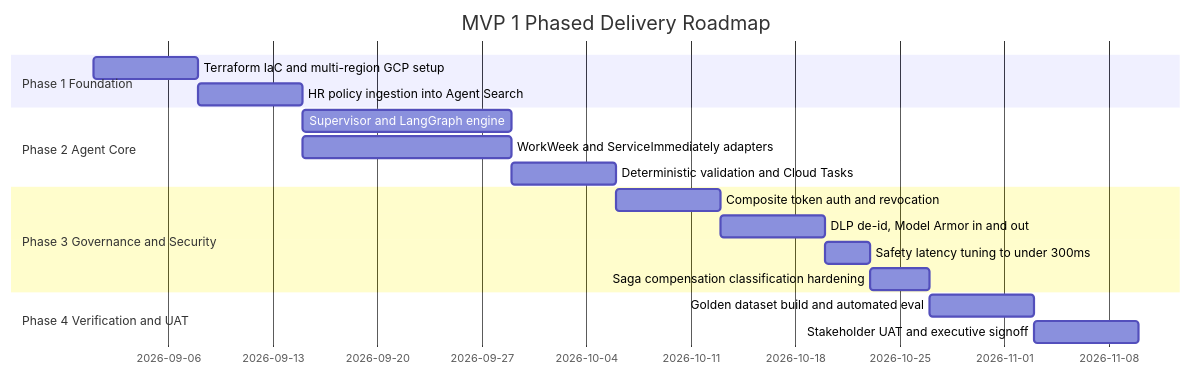
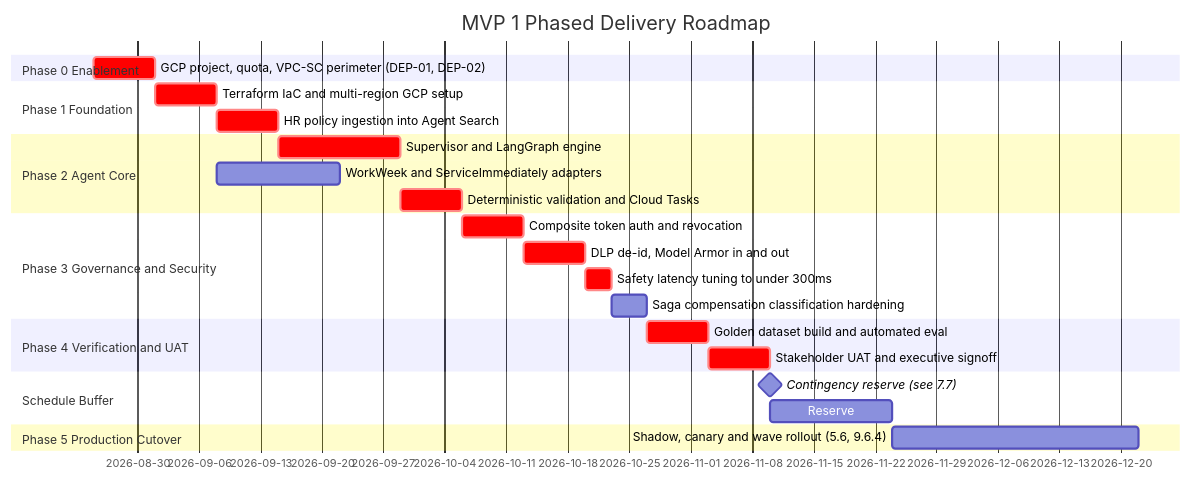
Diagram 27 of 29 in Enterprise Agentic Solution Design Document - MVP 1.md (randyh0329/PRJ-ELEVATE-C1-G5), drawn with Mermaid before and after one commit. The commit also changed other lines of this file, not shown here.

````diff
--- a/Enterprise Agentic Solution Design Document - MVP 1.md
+++ b/Enterprise Agentic Solution Design Document - MVP 1.md
@@ -2070,20 +2507,27 @@
 ```mermaid
 gantt
     title MVP 1 Phased Delivery Roadmap
     dateFormat  YYYY-MM-DD
+    section Phase 0 Enablement
+    GCP project, quota, VPC-SC perimeter (DEP-01, DEP-02) :crit, p0_1, 2026-08-25, 1w
     section Phase 1 Foundation
-    Terraform IaC and multi-region GCP setup   :p1_1, 2026-09-01, 1w
-    HR policy ingestion into Agent Search      :p1_2, after p1_1, 1w
+    Terraform IaC and multi-region GCP setup   :crit, p1_1, after p0_1, 1w
+    HR policy ingestion into Agent Search      :crit, p1_2, after p1_1, 1w
     section Phase 2 Agent Core
-    Supervisor and LangGraph engine            :p2_1, after p1_2, 2w
-    WorkWeek and ServiceImmediately adapters   :p2_2, 2026-09-15, 2w
-    Deterministic validation and Cloud Tasks   :p2_3, after p2_2, 1w
+    Supervisor and LangGraph engine            :crit, p2_1, after p1_2, 2w
+    WorkWeek and ServiceImmediately adapters   :p2_2, 2026-09-08, 2w
+    Deterministic validation and Cloud Tasks   :crit, p2_3, after p2_1 p2_2, 1w
     section Phase 3 Governance and Security
-    Composite token auth and revocation        :p3_1, after p2_3, 1w
-    DLP de-id, Model Armor in and out          :p3_2, after p3_1, 1w
-    Safety latency tuning to under 300ms       :p3_3, after p3_2, 3d
+    Composite token auth and revocation        :crit, p3_1, after p2_3, 1w
+    DLP de-id, Model Armor in and out          :crit, p3_2, after p3_1, 1w
+    Safety latency tuning to under 300ms       :crit, p3_3, after p3_2, 3d
     Saga compensation classification hardening :p3_4, after p3_3, 4d
     section Phase 4 Verification and UAT
-    Golden dataset build and automated eval    :p4_1, after p3_4, 1w
-    Stakeholder UAT and executive signoff      :p4_2, after p4_1, 1w
+    Golden dataset build and automated eval    :crit, p4_1, after p3_4, 1w
+    Stakeholder UAT and executive signoff      :crit, p4_2, after p4_1, 1w
+    section Schedule Buffer
+    Contingency reserve (see 7.7)              :milestone, buf, after p4_2, 0d
+    Reserve                                    :buf1, after p4_2, 2w
+    section Phase 5 Production Cutover
+    Shadow, canary and wave rollout (5.6, 9.6.4) :p5_1, after buf1, 4w
 ```
````
